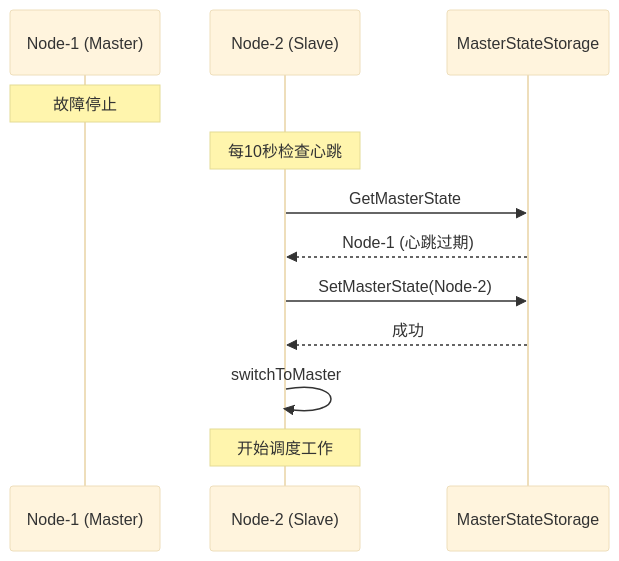
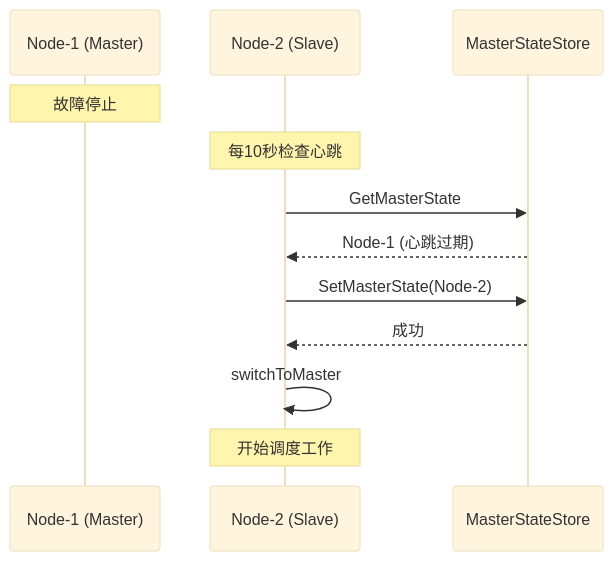
Before and after one commit to njuxumq/agent-eval-server: the third of 4 diagrams in docs/designs/details/scheduler/主从模式设计.md, drawn with Mermaid (base theme). The commit also changed other lines of this file and 13 other files, not shown here.

````diff
--- a/docs/designs/details/scheduler/主从模式设计.md
+++ b/docs/designs/details/scheduler/主从模式设计.md
@@ -259,17 +259,17 @@
 ```mermaid
 sequenceDiagram
     participant N1 as Node-1 (Master)
     participant N2 as Node-2 (Slave)
-    participant Storage as MasterStateStorage
+    participant Storage as MasterStateStore
 
     Note over N1: 故障停止
 
     Note over N2: 每10秒检查心跳
     N2->>Storage: GetMasterState
     Storage-->>N2: Node-1 (心跳过期)
     N2->>Storage: SetMasterState(Node-2)
     Storage-->>N2: 成功
     N2->>N2: switchToMaster
 
     Note over N2: 开始调度工作
 ```
````
